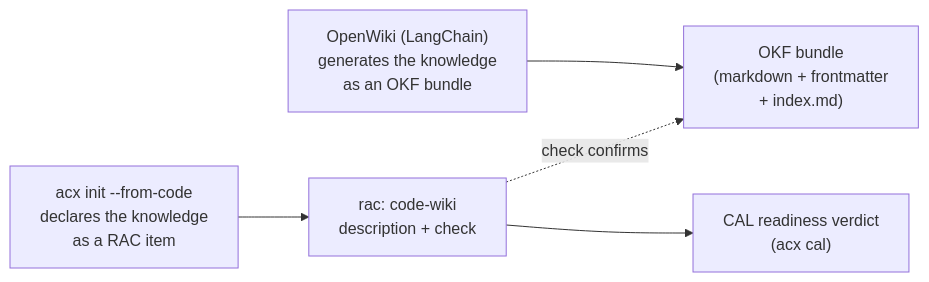
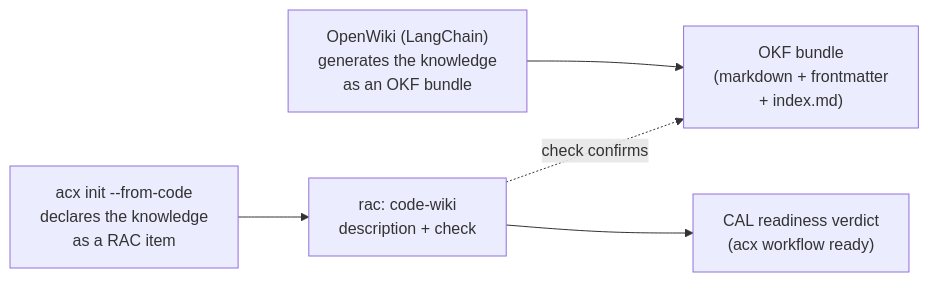
Before and after one commit to lboel/acx: the second of 2 diagrams in docs-site/docs/format/knowledge-okf.md, drawn with Mermaid. The commit also changed other lines of this file and 66 other files, not shown here.

````diff
--- a/docs-site/docs/format/knowledge-okf.md
+++ b/docs-site/docs/format/knowledge-okf.md
@@ -213,7 +213,7 @@
 ```mermaid
 flowchart LR
     OW["OpenWiki (LangChain)<br/>generates the knowledge<br/>as an OKF bundle"] --> B["OKF bundle<br/>(markdown + frontmatter<br/>+ index.md)"]
     AI["acx init --from-code<br/>declares the knowledge<br/>as a RAC item"] --> RI["rac: code-wiki<br/>description + check"]
     RI -. "check confirms" .-> B
-    RI --> CAL["CAL readiness verdict<br/>(acx cal)"]
+    RI --> CAL["CAL readiness verdict<br/>(acx workflow ready)"]
 ```
````
